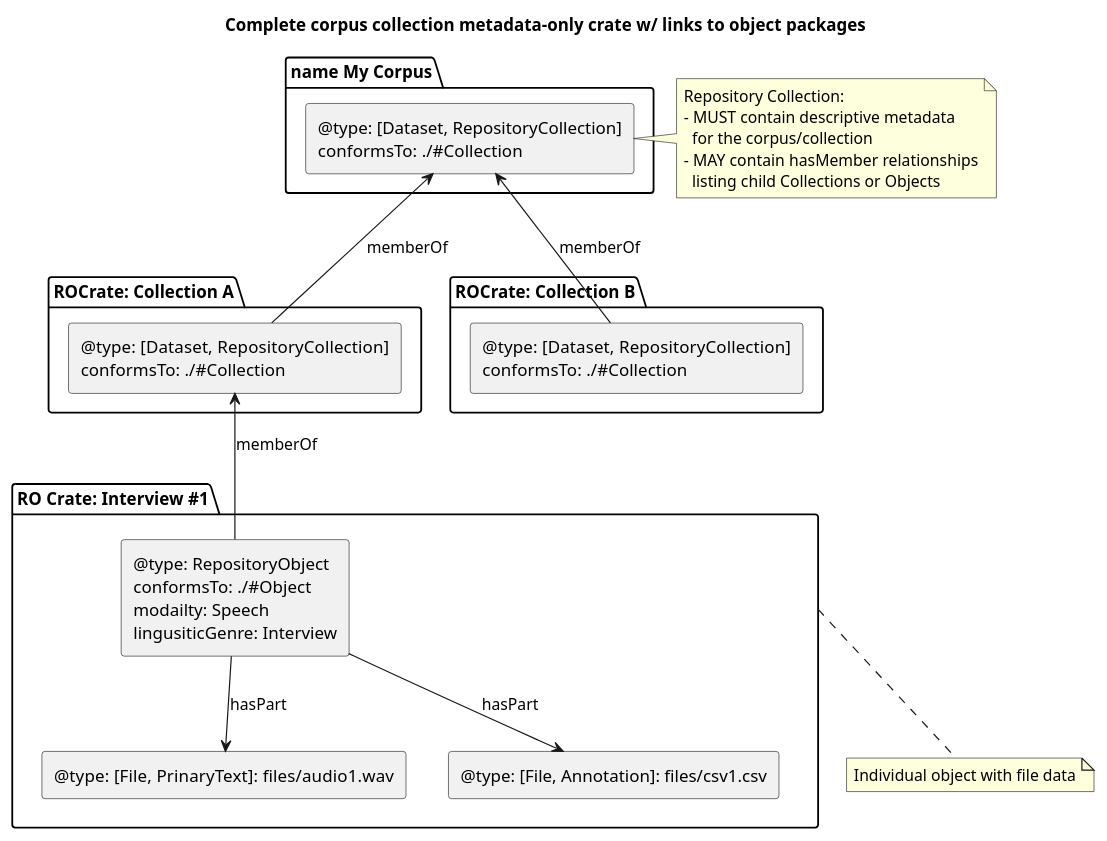
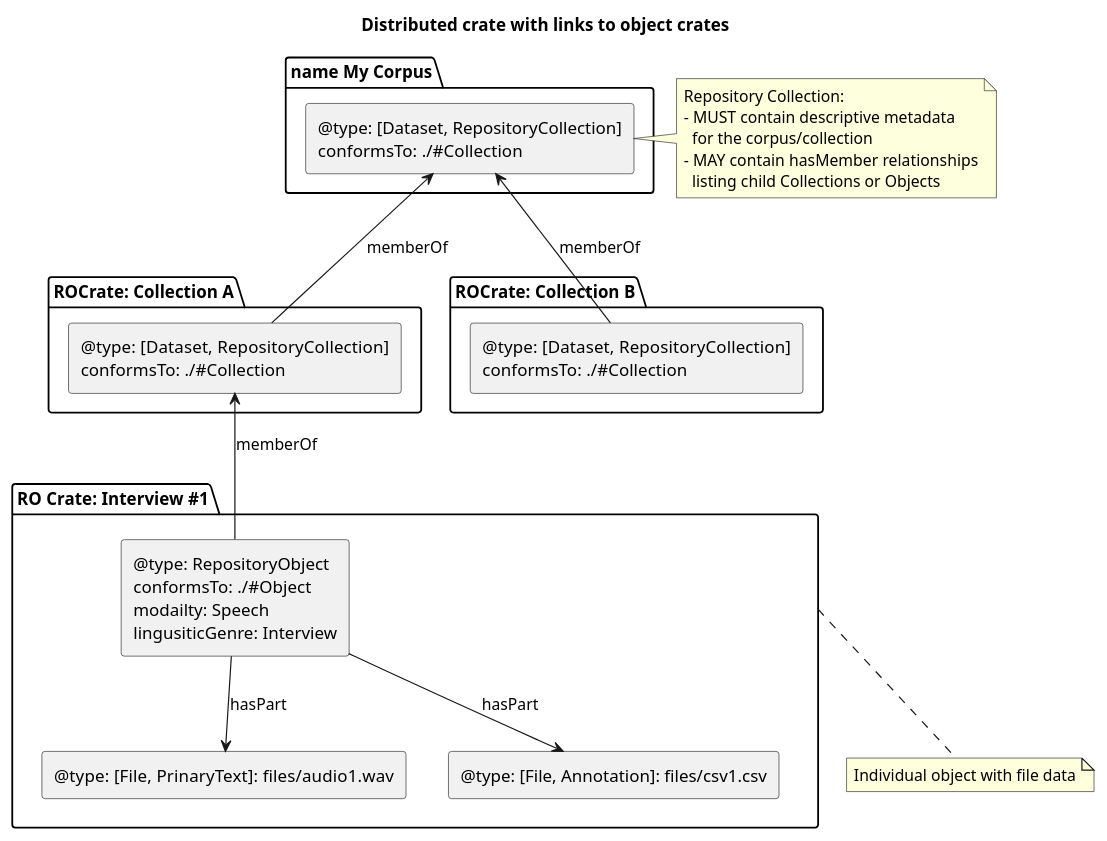
Before and after one commit to Language-Research-Technology/ldac-profile: the diagram in profile/media/distributed-crates.puml, drawn with PlantUML. The commit also changed 11 other files, not shown here.

```diff
--- a/profile/media/distributed-crates.puml
+++ b/profile/media/distributed-crates.puml
@@ -2,49 +2,49 @@
 @startuml
-title: Complete corpus collection metadata-only crate w/ links to object packages
+title: Distributed crate with links to object crates
 package "name My Corpus" as mc {
    rectangle "@type: [Dataset, RepositoryCollection]\nconformsTo: ./#Collection" as cc {
 
    }
 }
 
 package "ROCrate: Collection A" as cAc {
 
    rectangle "@type:  [Dataset, RepositoryCollection]\nconformsTo: ./#Collection" as ca {
 
    }
   
 }
 
 
 package "ROCrate: Collection B" as cBc {
 
    rectangle "@type:  [Dataset, RepositoryCollection]\nconformsTo: ./#Collection" as cb {
 
    }
   
 }
 
 
 package "RO Crate: Interview #1" as ec2 {
   rectangle "@type: RepositoryObject\nconformsTo: ./#Object\nmodailty: Speech\nlingusiticGenre: Interview" as eo1 {
 
    }
    rectangle "@type: [File, PrinaryText]:  files/audio1.wav" as ea1
    rectangle "@type: [File, Annotation]: files/csv1.csv" as ecsv1
    }
 
 
 
 eo1 -down-> ea1 : hasPart
 eo1 -down-> ecsv1 : hasPart
 
 eo1 -up-> ca : memberOf
 ca -up-> cc : memberOf
 cb -up-> cc : memberOf
 
 note right of cc : Repository Collection:\n- MUST contain descriptive metadata\n  for the corpus/collection\n- MAY contain hasMember relationships\n  listing child Collections or Objects
 
  
 note bottom of ec2 : Individual object with file data
 
 @enduml
```
